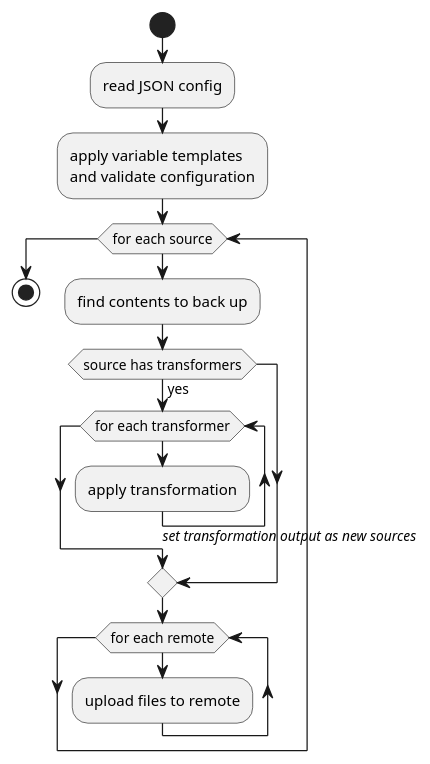
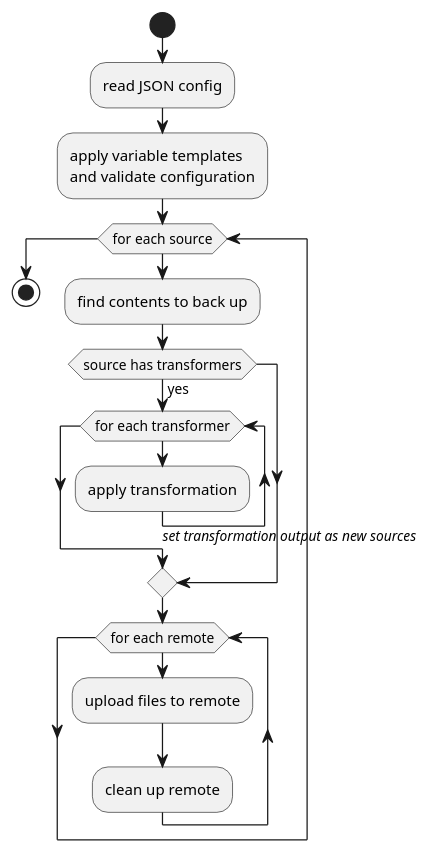
One commit to StefanPuia/backupr changed the diagram in docs/diagrams/engine.puml. Above: the diagram before and after it, drawn with PlantUML. The commit also changed 80 other files, not shown here.

```diff
--- a/docs/diagrams/engine.puml
+++ b/docs/diagrams/engine.puml
@@ -1,31 +1,33 @@
 @startuml
 start
 
 :read JSON config;
 
 :apply variable templates
 and validate configuration;
 
 while (for each source)
 
     :find contents to back up;
 
     if (source has transformers) then (yes)
 
         while (for each transformer)
 
             :apply transformation;
             ->//set transformation output as new sources//;
 
         endwhile
     endif
 
     while (for each remote)
 
         :upload files to remote;
 
+        :clean up remote;
+
     endwhile
 endwhile
 
 stop
 @enduml
```
